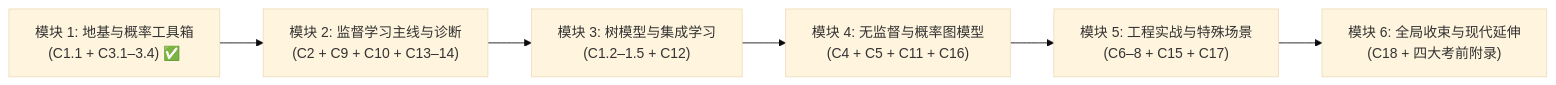
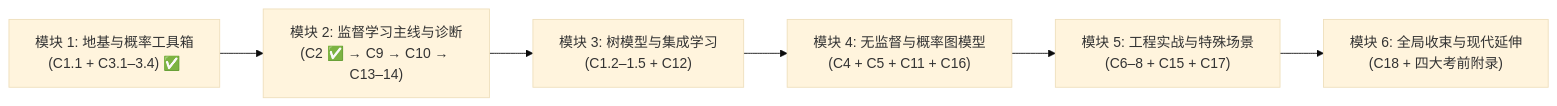
One commit to KayeAdams515/ClaudeNotes changed the first of 3 diagrams in 机器学习/机器学习零基础复习提纲（全18章）.md. Above: the diagram before and after it, drawn with Mermaid (base theme). The commit also changed other lines of this file, not shown here.

````diff
--- a/机器学习/机器学习零基础复习提纲（全18章）.md
+++ b/机器学习/机器学习零基础复习提纲（全18章）.md
@@ -19,8 +19,8 @@
 ```mermaid
 flowchart LR
-    M1["模块 1: 地基与概率工具箱<br/>(C1.1 + C3.1–3.4) ✅"] --> M2["模块 2: 监督学习主线与诊断<br/>(C2 + C9 + C10 + C13–14)"]
+    M1["模块 1: 地基与概率工具箱<br/>(C1.1 + C3.1–3.4) ✅"] --> M2["模块 2: 监督学习主线与诊断<br/>(C2 ✅ → C9 → C10 → C13–14)"]
     M2 --> M3["模块 3: 树模型与集成学习<br/>(C1.2–1.5 + C12)"]
     M3 --> M4["模块 4: 无监督与概率图模型<br/>(C4 + C5 + C11 + C16)"]
     M4 --> M5["模块 5: 工程实战与特殊场景<br/>(C6–8 + C15 + C17)"]
     M5 --> M6["模块 6: 全局收束与现代延伸<br/>(C18 + 四大考前附录)"]
 ```
````
